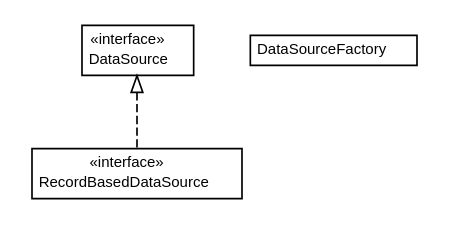
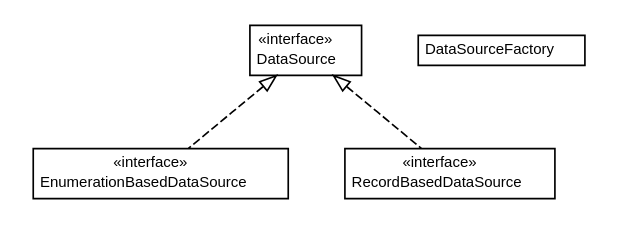
Before and after one commit to willmorejg/net.ljcomputing.randy: the diagram in docs/javadoc/apidocs/net/ljcomputing/randy/data/net.ljcomputing.randy.data.dot, drawn with Graphviz. The commit also changed 148 other files, not shown here.

```diff
--- a/docs/javadoc/apidocs/net/ljcomputing/randy/data/net.ljcomputing.randy.data.dot
+++ b/docs/javadoc/apidocs/net/ljcomputing/randy/data/net.ljcomputing.randy.data.dot
@@ -1,34 +1,43 @@
 #!/usr/local/bin/dot
 #
 # Class diagram 
 # Generated by UMLGraph version R5_6 (http://www.umlgraph.org/)
 #
 
 digraph G {
 	edge [fontname="Helvetica",fontsize=10,labelfontname="Helvetica",labelfontsize=10];
 	node [fontname="Helvetica",fontsize=10,shape=plaintext];
 	nodesep=0.25;
 	ranksep=0.5;
+	// net.ljcomputing.randy.data.EnumerationBasedDataSource
+	c0 [label=<<table title="net.ljcomputing.randy.data.EnumerationBasedDataSource" border="0" cellborder="1" cellspacing="0" cellpadding="2" port="p" href="./EnumerationBasedDataSource.html">
+		<tr><td><table border="0" cellspacing="0" cellpadding="1">
+<tr><td align="center" balign="center"> &#171;interface&#187; </td></tr>
+<tr><td align="center" balign="center"> EnumerationBasedDataSource </td></tr>
+		</table></td></tr>
+		</table>>, URL="./EnumerationBasedDataSource.html", fontname="Helvetica", fontcolor="black", fontsize=9.0];
 	// net.ljcomputing.randy.data.RecordBasedDataSource
-	c0 [label=<<table title="net.ljcomputing.randy.data.RecordBasedDataSource" border="0" cellborder="1" cellspacing="0" cellpadding="2" port="p" href="./RecordBasedDataSource.html">
+	c1 [label=<<table title="net.ljcomputing.randy.data.RecordBasedDataSource" border="0" cellborder="1" cellspacing="0" cellpadding="2" port="p" href="./RecordBasedDataSource.html">
 		<tr><td><table border="0" cellspacing="0" cellpadding="1">
 <tr><td align="center" balign="center"> &#171;interface&#187; </td></tr>
 <tr><td align="center" balign="center"> RecordBasedDataSource </td></tr>
 		</table></td></tr>
 		</table>>, URL="./RecordBasedDataSource.html", fontname="Helvetica", fontcolor="black", fontsize=9.0];
 	// net.ljcomputing.randy.data.DataSource
-	c1 [label=<<table title="net.ljcomputing.randy.data.DataSource" border="0" cellborder="1" cellspacing="0" cellpadding="2" port="p" href="./DataSource.html">
+	c2 [label=<<table title="net.ljcomputing.randy.data.DataSource" border="0" cellborder="1" cellspacing="0" cellpadding="2" port="p" href="./DataSource.html">
 		<tr><td><table border="0" cellspacing="0" cellpadding="1">
 <tr><td align="center" balign="center"> &#171;interface&#187; </td></tr>
 <tr><td align="center" balign="center"> DataSource </td></tr>
 		</table></td></tr>
 		</table>>, URL="./DataSource.html", fontname="Helvetica", fontcolor="black", fontsize=9.0];
 	// net.ljcomputing.randy.data.DataSourceFactory
-	c2 [label=<<table title="net.ljcomputing.randy.data.DataSourceFactory" border="0" cellborder="1" cellspacing="0" cellpadding="2" port="p" href="./DataSourceFactory.html">
+	c3 [label=<<table title="net.ljcomputing.randy.data.DataSourceFactory" border="0" cellborder="1" cellspacing="0" cellpadding="2" port="p" href="./DataSourceFactory.html">
 		<tr><td><table border="0" cellspacing="0" cellpadding="1">
 <tr><td align="center" balign="center"> DataSourceFactory </td></tr>
 		</table></td></tr>
 		</table>>, URL="./DataSourceFactory.html", fontname="Helvetica", fontcolor="black", fontsize=9.0];
+	//net.ljcomputing.randy.data.EnumerationBasedDataSource implements net.ljcomputing.randy.data.DataSource
+	c2:p -> c0:p [dir=back,arrowtail=empty,style=dashed];
 	//net.ljcomputing.randy.data.RecordBasedDataSource implements net.ljcomputing.randy.data.DataSource
-	c1:p -> c0:p [dir=back,arrowtail=empty,style=dashed];
+	c2:p -> c1:p [dir=back,arrowtail=empty,style=dashed];
 }
```
